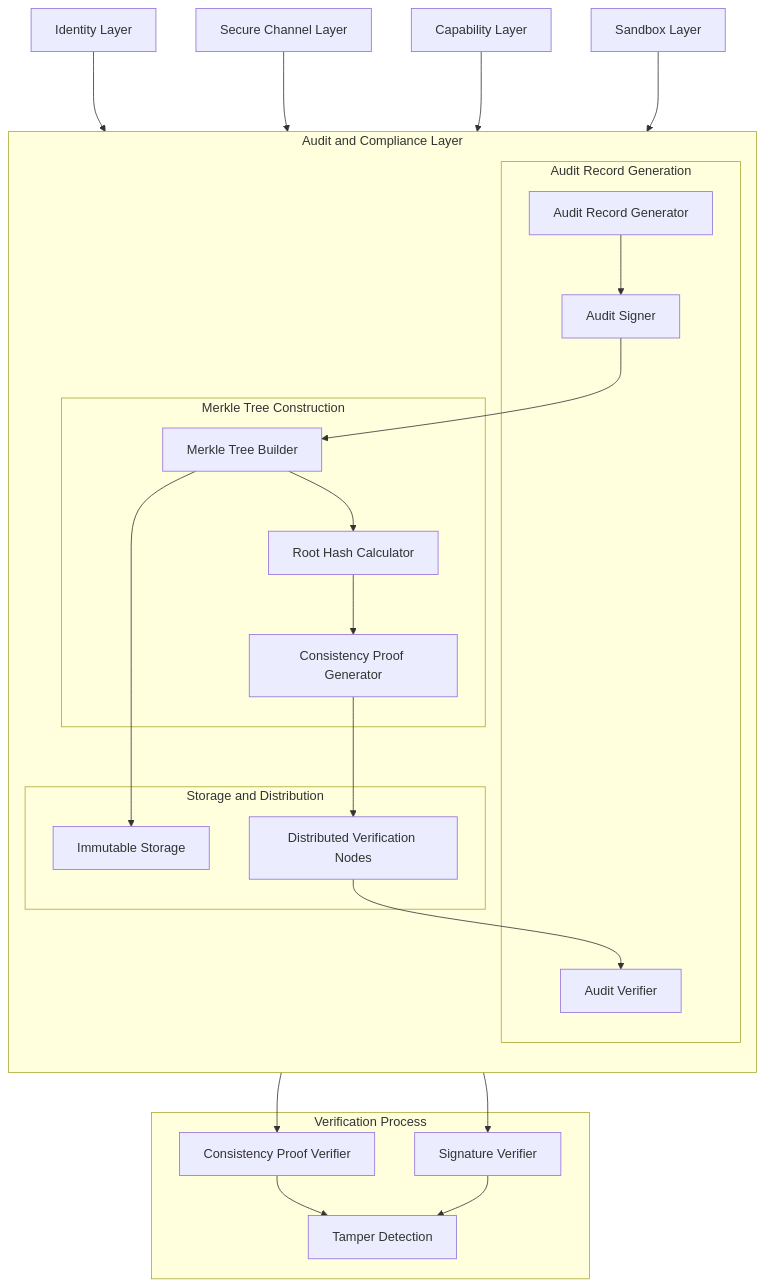
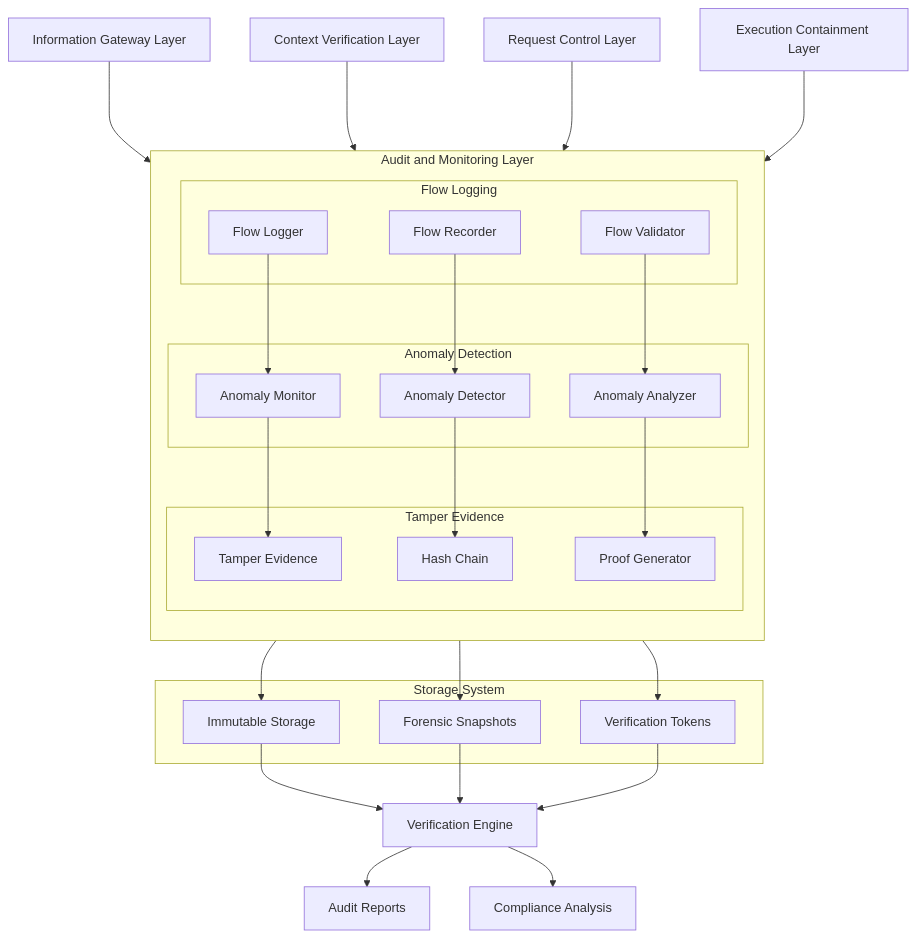
The sixth of 8 diagrams in 6-diags-mermaid.md (nshkrdotcom/GUARDRAIL), drawn with Mermaid before and after one commit. The commit also changed other lines of this file and 7 other files, not shown here.

````diff
--- a/6-diags-mermaid.md
+++ b/6-diags-mermaid.md
@@ -509,47 +364,53 @@
 ```mermaid
 flowchart TB
-    subgraph "Audit and Compliance Layer"
+    subgraph "Audit and Monitoring Layer"
         direction TB
         
-        subgraph "Audit Record Generation"
-            ARG[Audit Record Generator]
-            AV[Audit Verifier]
-            AS[Audit Signer]
+        subgraph "Flow Logging"
+            FL[Flow Logger]
+            FR[Flow Recorder]
+            FV[Flow Validator]
         end
         
-        subgraph "Merkle Tree Construction"
-            MT[Merkle Tree Builder]
-            RH[Root Hash Calculator]
-            CP[Consistency Proof Generator]
+        subgraph "Anomaly Detection"
+            AM[Anomaly Monitor]
+            AD[Anomaly Detector]
+            AA[Anomaly Analyzer]
         end
         
-        subgraph "Storage and Distribution"
-            IMM[Immutable Storage]
-            DIST[Distributed Verification Nodes]
+        subgraph "Tamper Evidence"
+            TE[Tamper Evidence]
+            TH[Hash Chain]
+            TP[Proof Generator]
         end
         
-        ARG --> AS
-        AS --> MT
-        MT --> RH
-        RH --> CP
-        MT --> IMM
-        CP --> DIST
-        DIST --> AV
+        FL --> AM
+        FR --> AD
+        FV --> AA
+        AM --> TE
+        AD --> TH
+        AA --> TP
     end
     
-    IAL[Identity Layer] ---> ARG
-    SCL[Secure Channel Layer] ---> ARG
-    CCL[Capability Layer] ---> ARG
-    SEL[Sandbox Layer] ---> ARG
+    IGL[Information Gateway Layer] ---> FL
+    CVL[Context Verification Layer] ---> FR
+    RCL[Request Control Layer] ---> FV
+    ECL[Execution Containment Layer] ---> FL
     
-    subgraph "Verification Process"
-        CPV[Consistency Proof Verifier]
-        SV[Signature Verifier]
-        TV[Tamper Detection]
-        
-        DIST --> CPV
-        DIST --> SV
-        CPV --> TV
-        SV --> TV
+    subgraph "Storage System"
+        IS[Immutable Storage]
+        FS[Forensic Snapshots]
+        VS[Verification Tokens]
     end
+    
+    TE --> IS
+    TH --> FS
+    TP --> VS
+    
+    IS --> VE[Verification Engine]
+    FS --> VE
+    VS --> VE
+    
+    VE --> AR[Audit Reports]
+    VE --> CA[Compliance Analysis]
 ```
````
